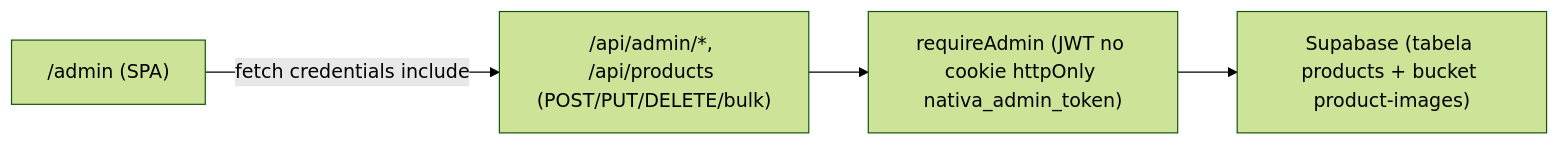
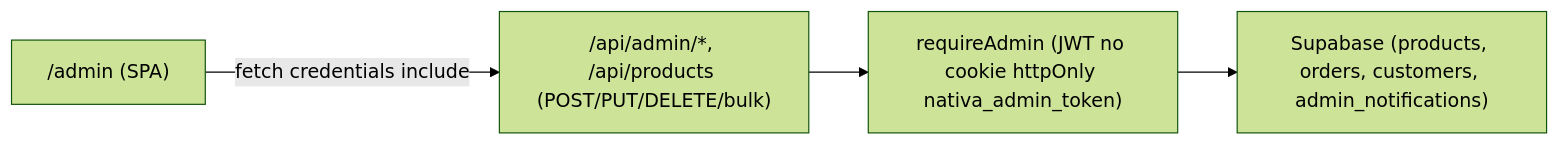
One commit to gabrielweweewe/nativa-store changed the diagram in AGENTS.md. Above: the diagram before and after it, drawn with Mermaid (forest theme). The commit also changed other lines of this file and 25 other files, not shown here.

````diff
--- a/AGENTS.md
+++ b/AGENTS.md
@@ -296,6 +315,6 @@
 ```mermaid
 flowchart LR
   Browser["/admin (SPA)"] -->|"fetch credentials include"| API["/api/admin/*, /api/products (POST/PUT/DELETE/bulk)"]
   API --> Auth["requireAdmin (JWT no cookie httpOnly nativa_admin_token)"]
-  Auth --> Supabase["Supabase (tabela products + bucket product-images)"]
+  Auth --> Supabase["Supabase (products, orders, customers, admin_notifications)"]
 ```
````
